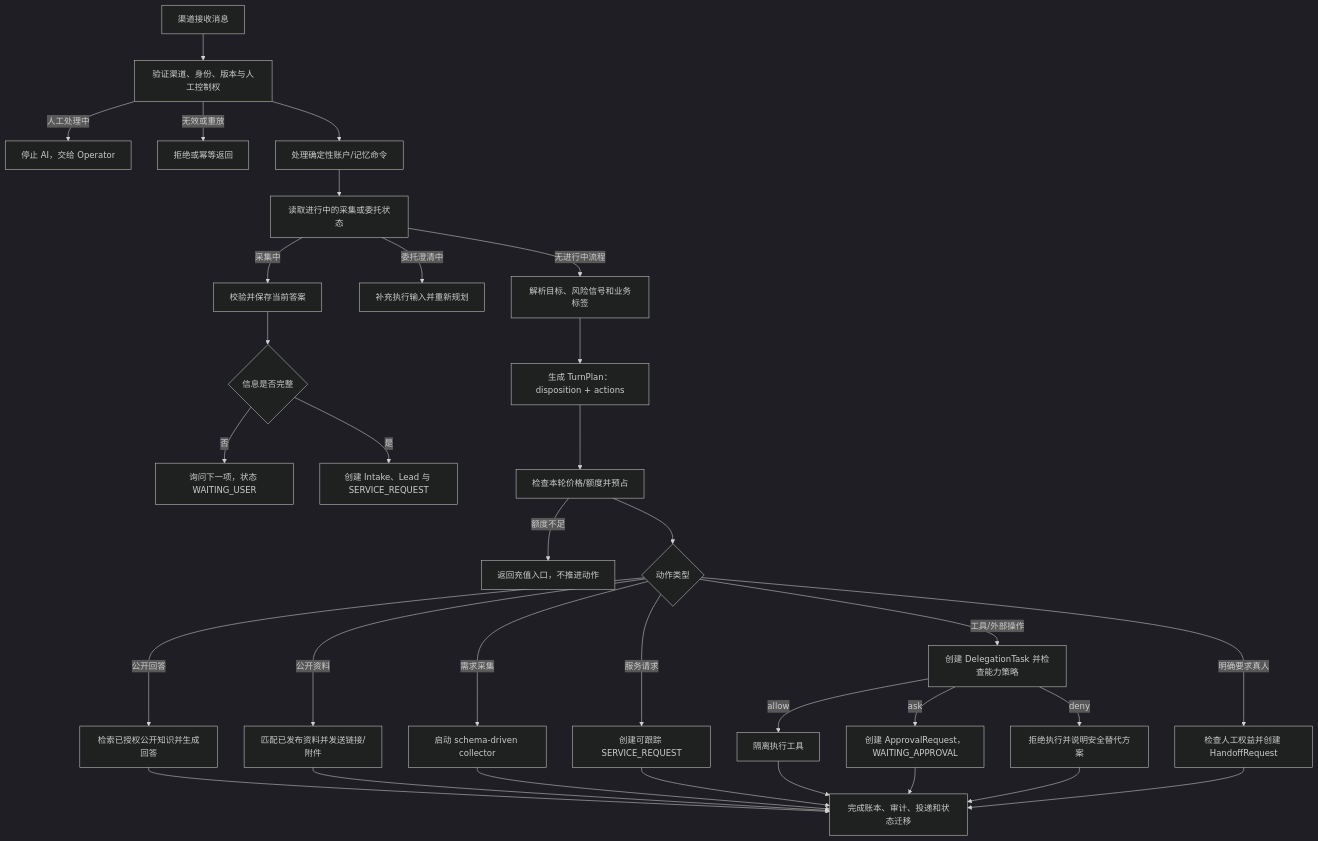
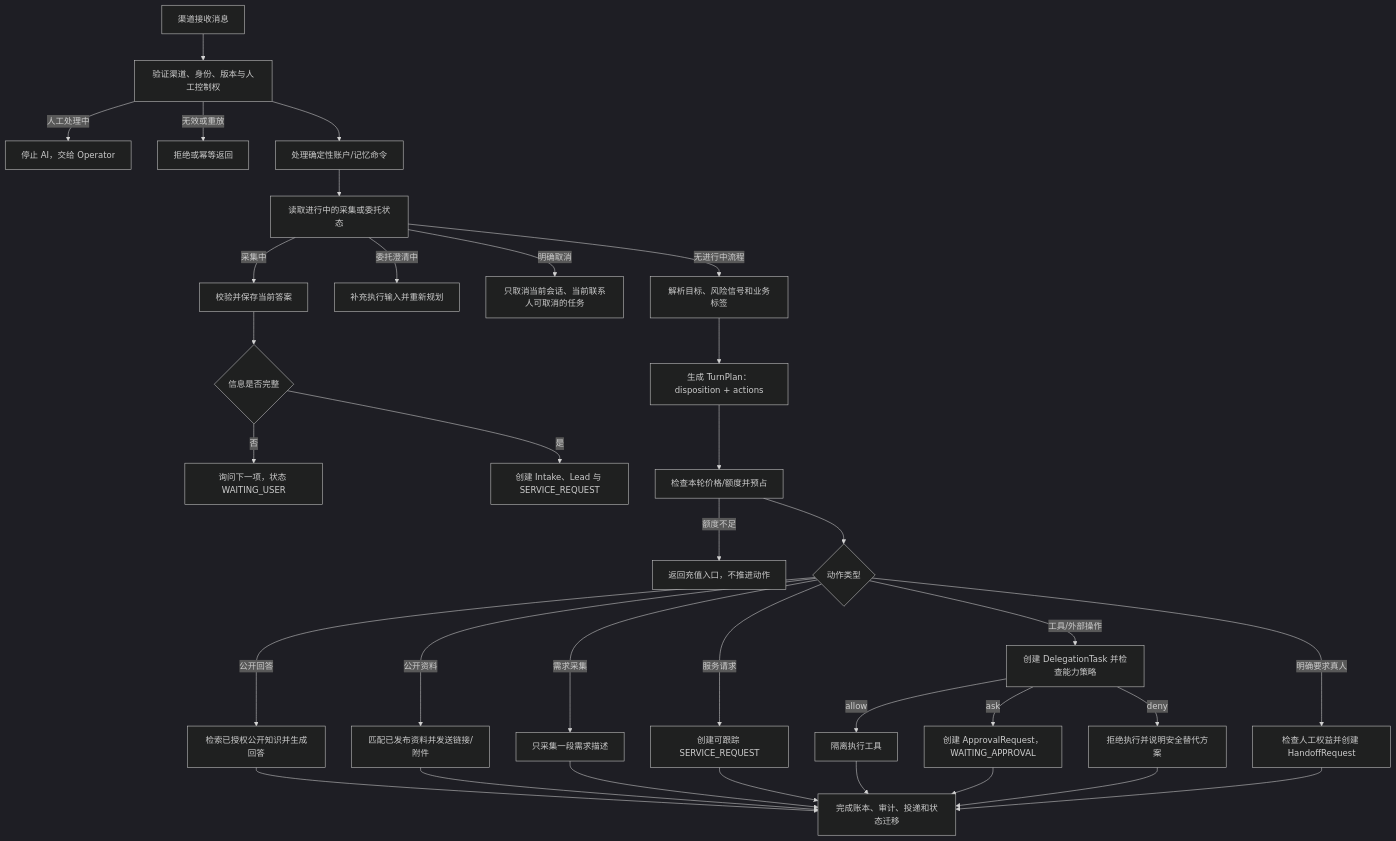
Before and after one commit to BIFNC-TEAM/Delegate: the diagram in docs/conversation-runtime-flow.md, drawn with Mermaid (dark theme). The commit also changed other lines of this file and 65 other files, not shown here.

````diff
--- a/docs/conversation-runtime-flow.md
+++ b/docs/conversation-runtime-flow.md
@@ -17,35 +17,36 @@
 ```mermaid
 flowchart TD
   A["渠道接收消息"] --> B["验证渠道、身份、版本与人工控制权"]
   B -->|"人工处理中"| B1["停止 AI，交给 Operator"]
   B -->|"无效或重放"| B2["拒绝或幂等返回"]
   B --> C["处理确定性账户/记忆命令"]
   C --> D["读取进行中的采集或委托状态"]
   D -->|"采集中"| D1["校验并保存当前答案"]
   D1 --> D2{"信息是否完整"}
   D2 -->|"否"| D3["询问下一项，状态 WAITING_USER"]
   D2 -->|"是"| D4["创建 Intake、Lead 与 SERVICE_REQUEST"]
   D -->|"委托澄清中"| D5["补充执行输入并重新规划"]
+  D -->|"明确取消"| D6["只取消当前会话、当前联系人可取消的任务"]
   D -->|"无进行中流程"| E["解析目标、风险信号和业务标签"]
   E --> F["生成 TurnPlan：disposition + actions"]
   F --> G["检查本轮价格/额度并预占"]
   G -->|"额度不足"| G1["返回充值入口，不推进动作"]
   G --> H{"动作类型"}
   H -->|"公开回答"| I["检索已授权公开知识并生成回答"]
   H -->|"公开资料"| J["匹配已发布资料并发送链接/附件"]
-  H -->|"需求采集"| K["启动 schema-driven collector"]
+  H -->|"需求采集"| K["只采集一段需求描述"]
   H -->|"服务请求"| L["创建可跟踪 SERVICE_REQUEST"]
   H -->|"工具/外部操作"| M["创建 DelegationTask 并检查能力策略"]
   M -->|"allow"| M1["隔离执行工具"]
   M -->|"ask"| M2["创建 ApprovalRequest，WAITING_APPROVAL"]
   M -->|"deny"| M3["拒绝执行并说明安全替代方案"]
   H -->|"明确要求真人"| N["检查人工权益并创建 HandoffRequest"]
   I --> O["完成账本、审计、投递和状态迁移"]
   J --> O
   K --> O
   L --> O
   M1 --> O
   M2 --> O
   M3 --> O
   N --> O
 ```
````
